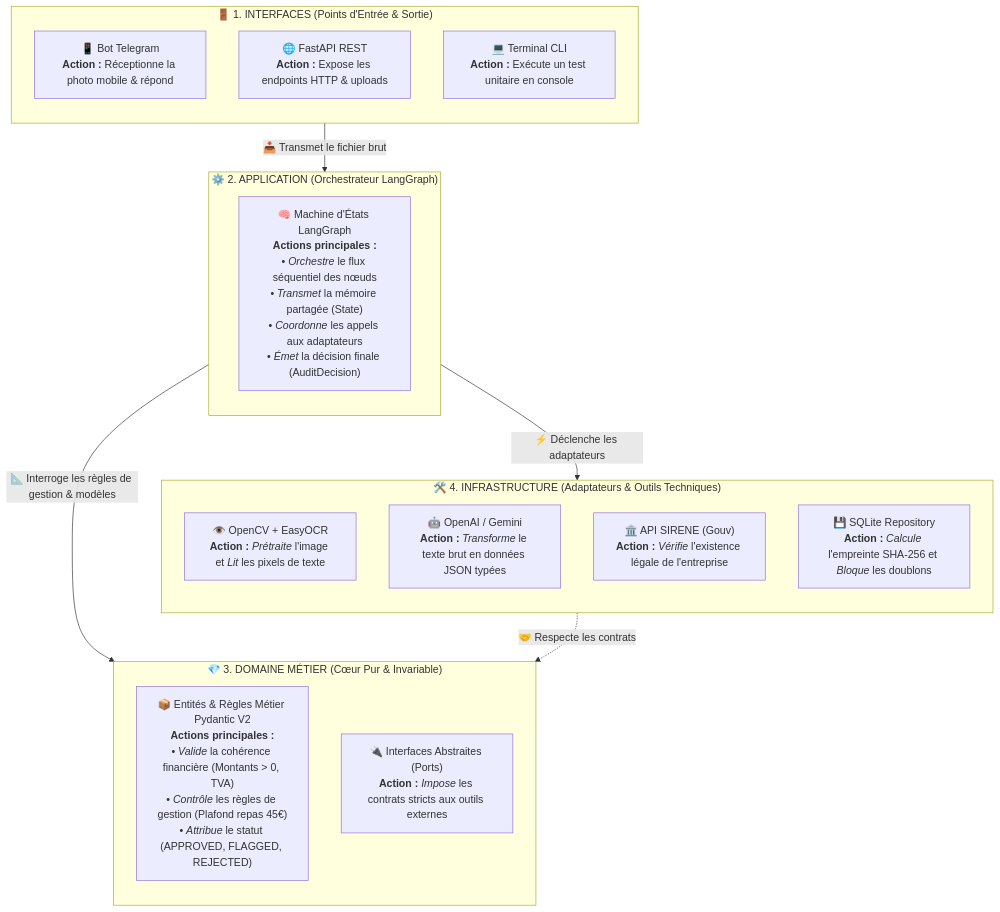
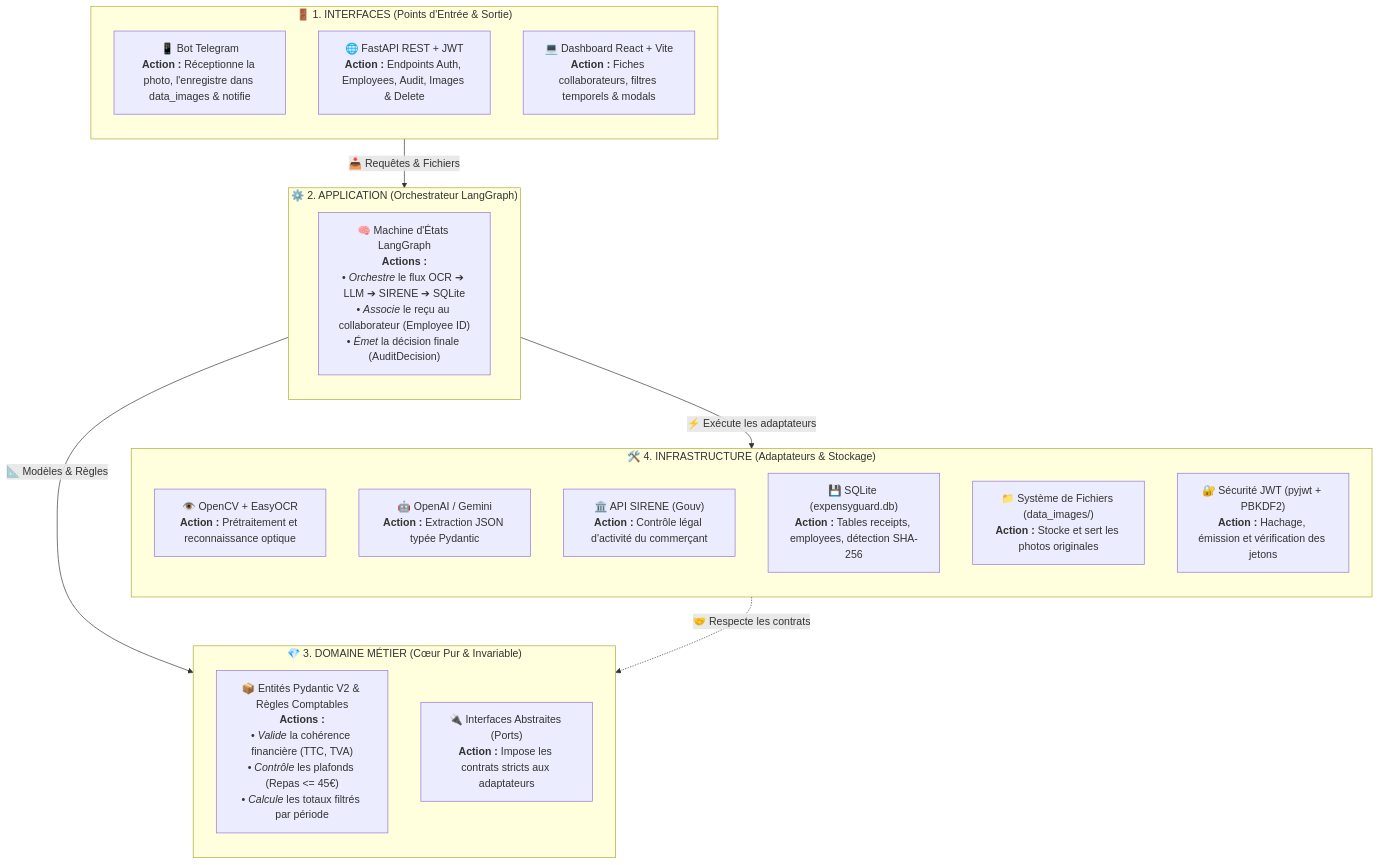
Before and after one commit to clairedata/expensyguard: the diagram in README.md, drawn with Mermaid. The commit also changed other lines of this file and 36 other files, not shown here.

First line of the commit message:
feat: ajout authentification admin/user, gestion des reçus, support documents bot et intégration superpowers

````diff
--- a/README.md
+++ b/README.md
@@ -16,34 +38,36 @@
 ```mermaid
 flowchart TB
     subgraph Interfaces["🚪 1. INTERFACES (Points d'Entrée & Sortie)"]
         direction TB
-        TG["📱 Bot Telegram<br/><b>Action :</b> Réceptionne la photo mobile & répond"]
-        API["🌐 FastAPI REST<br/><b>Action :</b> Expose les endpoints HTTP & uploads"]
-        CLI["💻 Terminal CLI<br/><b>Action :</b> Exécute un test unitaire en console"]
+        TG["📱 Bot Telegram<br/><b>Action :</b> Réceptionne la photo, l'enregistre dans data_images & notifie"]
+        API["🌐 FastAPI REST + JWT<br/><b>Action :</b> Endpoints Auth, Employees, Audit, Images & Delete"]
+        UI["💻 Dashboard React + Vite<br/><b>Action :</b> Fiches collaborateurs, filtres temporels & modals"]
     end
 
     subgraph Application["⚙️ 2. APPLICATION (Orchestrateur LangGraph)"]
         direction TB
-        Graph["🧠 Machine d'États LangGraph<br/><b>Actions principales :</b><br/>• <i>Orchestre</i> le flux séquentiel des nœuds<br/>• <i>Transmet</i> la mémoire partagée (State)<br/>• <i>Coordonne</i> les appels aux adaptateurs<br/>• <i>Émet</i> la décision finale (AuditDecision)"]
+        Graph["🧠 Machine d'États LangGraph<br/><b>Actions :</b><br/>• <i>Orchestre</i> le flux OCR ➔ LLM ➔ SIRENE ➔ SQLite<br/>• <i>Associe</i> le reçu au collaborateur (Employee ID)<br/>• <i>Émet</i> la décision finale (AuditDecision)"]
     end
 
     subgraph Domain["💎 3. DOMAINE MÉTIER (Cœur Pur & Invariable)"]
         direction TB
-        Models["📦 Entités & Règles Métier Pydantic V2<br/><b>Actions principales :</b><br/>• <i>Valide</i> la cohérence financière (Montants > 0, TVA)<br/>• <i>Contrôle</i> les règles de gestion (Plafond repas 45€)<br/>• <i>Attribue</i> le statut (APPROVED, FLAGGED, REJECTED)"]
-        Ports["🔌 Interfaces Abstraites (Ports)<br/><b>Action :</b> <i>Impose</i> les contrats stricts aux outils externes"]
+        Models["📦 Entités Pydantic V2 & Règles Comptables<br/><b>Actions :</b><br/>• <i>Valide</i> la cohérence financière (TTC, TVA)<br/>• <i>Contrôle</i> les plafonds (Repas <= 45€)<br/>• <i>Calcule</i> les totaux filtrés par période"]
+        Ports["🔌 Interfaces Abstraites (Ports)<br/><b>Action :</b> Impose les contrats stricts aux adaptateurs"]
     end
 
-    subgraph Infrastructure["🛠️ 4. INFRASTRUCTURE (Adaptateurs & Outils Techniques)"]
+    subgraph Infrastructure["🛠️ 4. INFRASTRUCTURE (Adaptateurs & Stockage)"]
         direction TB
-        OCR["👁️ OpenCV + EasyOCR<br/><b>Action :</b> <i>Prétraite</i> l'image et <i>Lit</i> les pixels de texte"]
-        LLM["🤖 OpenAI / Gemini<br/><b>Action :</b> <i>Transforme</i> le texte brut en données JSON typées"]
-        REG["🏛️ API SIRENE (Gouv)<br/><b>Action :</b> <i>Vérifie</i> l'existence légale de l'entreprise"]
-        DB["💾 SQLite Repository<br/><b>Action :</b> <i>Calcule</i> l'empreinte SHA-256 et <i>Bloque</i> les doublons"]
+        OCR["👁️ OpenCV + EasyOCR<br/><b>Action :</b> Prétraitement et reconnaissance optique"]
+        LLM["🤖 OpenAI / Gemini<br/><b>Action :</b> Extraction JSON typée Pydantic"]
+        REG["🏛️ API SIRENE (Gouv)<br/><b>Action :</b> Contrôle légal d'activité du commerçant"]
+        DB["💾 SQLite (expensyguard.db)<br/><b>Action :</b> Tables receipts, employees, détection SHA-256"]
+        FS["📁 Système de Fichiers (data_images/)<br/><b>Action :</b> Stocke et sert les photos originales"]
+        SEC["🔐 Sécurité JWT (pyjwt + PBKDF2)<br/><b>Action :</b> Hachage, émission et vérification des jetons"]
     end
 
-    %% Relations avec verbes d'action
-    Interfaces -->|📥 Transmet le fichier brut| Application
-    Application -->|📐 Interroge les règles de gestion & modèles| Domain
+    %% Relations
+    Interfaces -->|📥 Requêtes & Fichiers| Application
+    Application -->|📐 Modèles & Règles| Domain
     Infrastructure -.->|🤝 Respecte les contrats| Ports
-    Application -->|⚡ Déclenche les adaptateurs| Infrastructure
+    Application -->|⚡ Exécute les adaptateurs| Infrastructure
 ```
````
